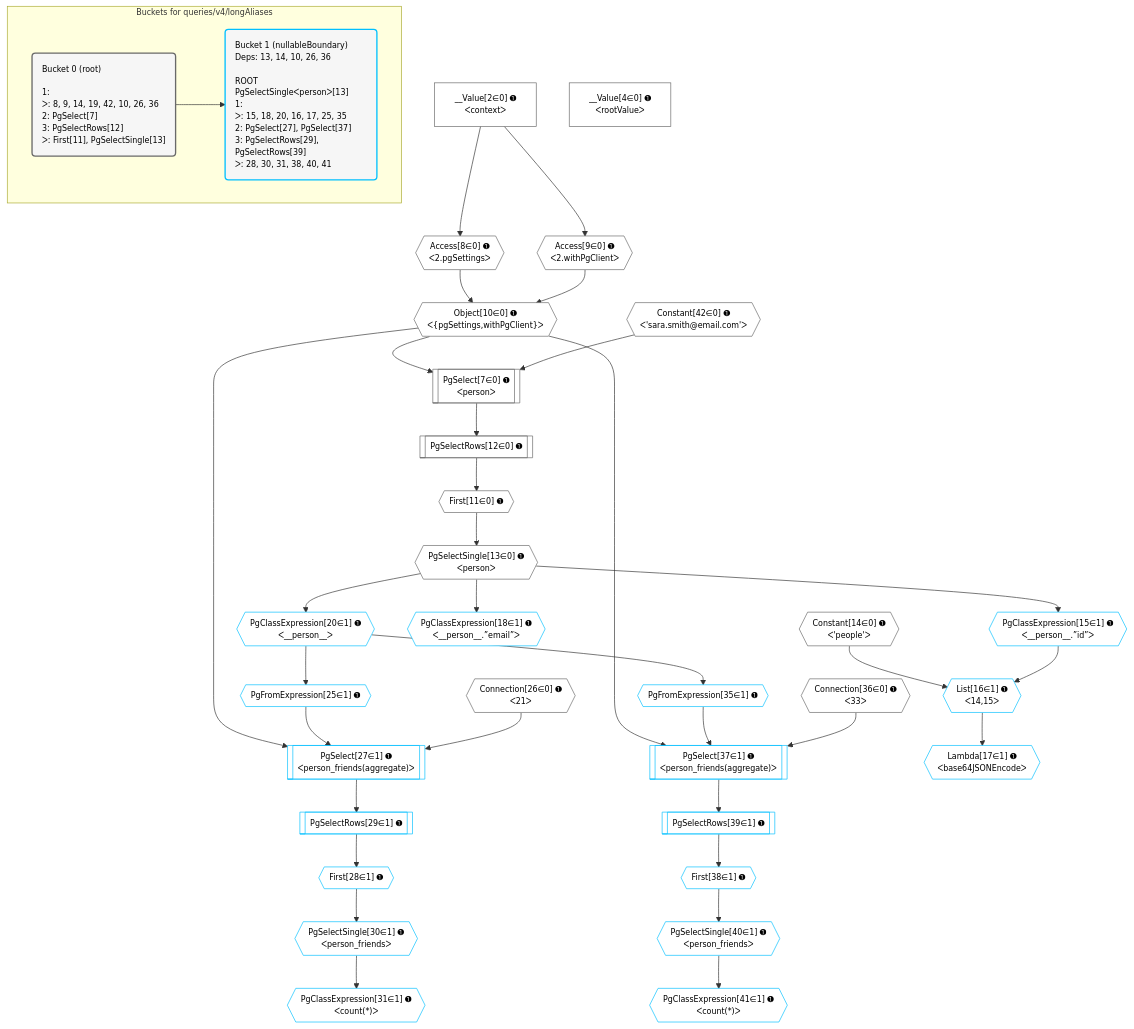
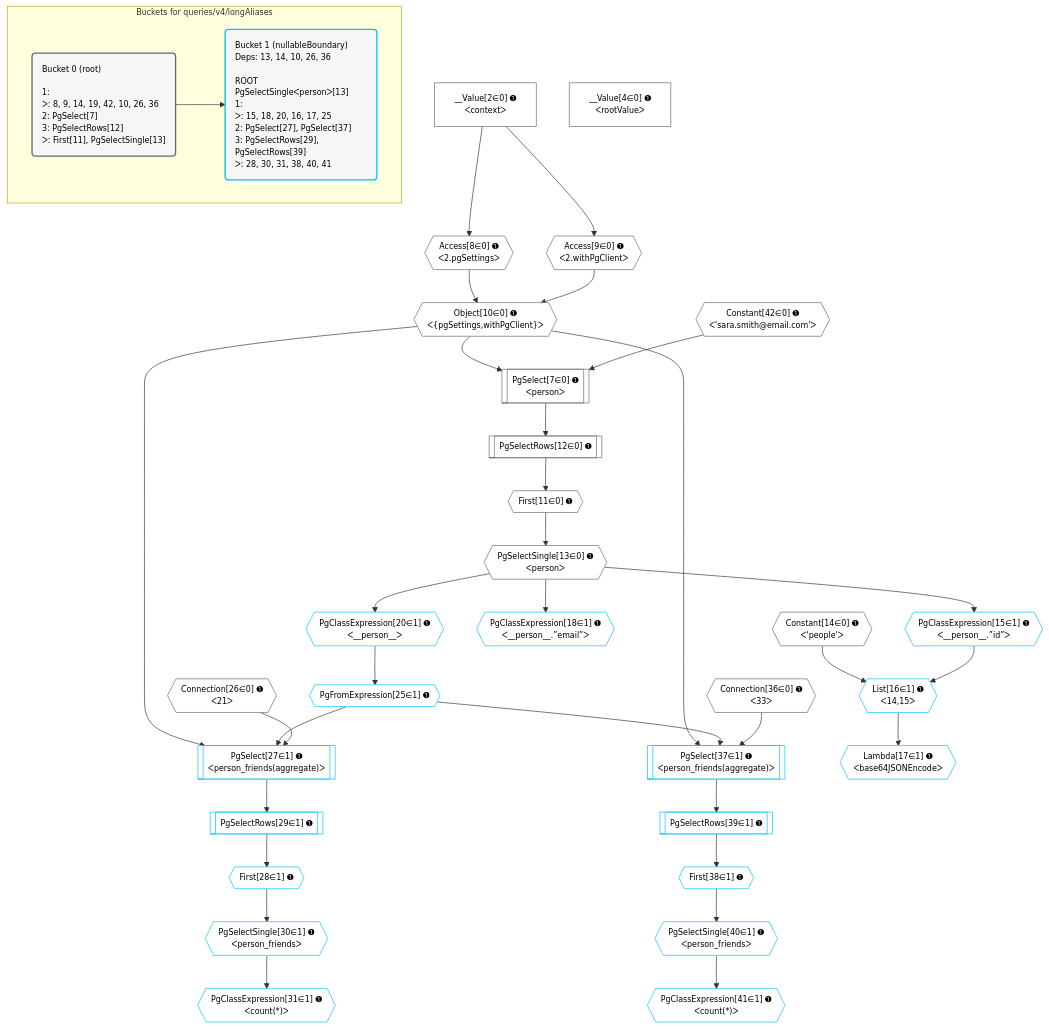
One commit to graphile/crystal changed the diagram in postgraphile/postgraphile/__tests__/queries/v4/longAliases.mermaid. Above: the diagram before and after it, drawn with Mermaid. The commit also changed 7 other files, not shown here.

```diff
--- a/postgraphile/postgraphile/__tests__/queries/v4/longAliases.mermaid
+++ b/postgraphile/postgraphile/__tests__/queries/v4/longAliases.mermaid
@@ -1,77 +1,75 @@
 %%{init: {'themeVariables': { 'fontSize': '12px'}}}%%
 graph TD
     classDef path fill:#eee,stroke:#000,color:#000
     classDef plan fill:#fff,stroke-width:1px,color:#000
     classDef itemplan fill:#fff,stroke-width:2px,color:#000
     classDef unbatchedplan fill:#dff,stroke-width:1px,color:#000
     classDef sideeffectplan fill:#fcc,stroke-width:2px,color:#000
     classDef bucket fill:#f6f6f6,color:#000,stroke-width:2px,text-align:left
 
 
     %% plan dependencies
     Connection26{{"Connection[26∈0] ➊<br />ᐸ21ᐳ"}}:::plan
     Connection36{{"Connection[36∈0] ➊<br />ᐸ33ᐳ"}}:::plan
     PgSelect7[["PgSelect[7∈0] ➊<br />ᐸpersonᐳ"]]:::plan
     Object10{{"Object[10∈0] ➊<br />ᐸ{pgSettings,withPgClient}ᐳ"}}:::plan
     Constant42{{"Constant[42∈0] ➊<br />ᐸ'sara.smith@email.com'ᐳ"}}:::plan
     Object10 & Constant42 --> PgSelect7
     Access8{{"Access[8∈0] ➊<br />ᐸ2.pgSettingsᐳ"}}:::plan
     Access9{{"Access[9∈0] ➊<br />ᐸ2.withPgClientᐳ"}}:::plan
     Access8 & Access9 --> Object10
     __Value2["__Value[2∈0] ➊<br />ᐸcontextᐳ"]:::plan
     __Value2 --> Access8
     __Value2 --> Access9
     First11{{"First[11∈0] ➊"}}:::plan
     PgSelectRows12[["PgSelectRows[12∈0] ➊"]]:::plan
     PgSelectRows12 --> First11
     PgSelect7 --> PgSelectRows12
     PgSelectSingle13{{"PgSelectSingle[13∈0] ➊<br />ᐸpersonᐳ"}}:::plan
     First11 --> PgSelectSingle13
     __Value4["__Value[4∈0] ➊<br />ᐸrootValueᐳ"]:::plan
     Constant14{{"Constant[14∈0] ➊<br />ᐸ'people'ᐳ"}}:::plan
     PgSelect27[["PgSelect[27∈1] ➊<br />ᐸperson_friends(aggregate)ᐳ"]]:::plan
     PgFromExpression25{{"PgFromExpression[25∈1] ➊"}}:::plan
     Object10 & PgFromExpression25 & Connection26 --> PgSelect27
     PgSelect37[["PgSelect[37∈1] ➊<br />ᐸperson_friends(aggregate)ᐳ"]]:::plan
-    PgFromExpression35{{"PgFromExpression[35∈1] ➊"}}:::plan
-    Object10 & PgFromExpression35 & Connection36 --> PgSelect37
+    Object10 & PgFromExpression25 & Connection36 --> PgSelect37
     List16{{"List[16∈1] ➊<br />ᐸ14,15ᐳ"}}:::plan
     PgClassExpression15{{"PgClassExpression[15∈1] ➊<br />ᐸ__person__.”id”ᐳ"}}:::plan
     Constant14 & PgClassExpression15 --> List16
     PgSelectSingle13 --> PgClassExpression15
     Lambda17{{"Lambda[17∈1] ➊<br />ᐸbase64JSONEncodeᐳ"}}:::plan
     List16 --> Lambda17
     PgClassExpression18{{"PgClassExpression[18∈1] ➊<br />ᐸ__person__.”email”ᐳ"}}:::plan
     PgSelectSingle13 --> PgClassExpression18
     PgClassExpression20{{"PgClassExpression[20∈1] ➊<br />ᐸ__person__ᐳ"}}:::plan
     PgSelectSingle13 --> PgClassExpression20
     PgClassExpression20 --> PgFromExpression25
     First28{{"First[28∈1] ➊"}}:::plan
     PgSelectRows29[["PgSelectRows[29∈1] ➊"]]:::plan
     PgSelectRows29 --> First28
     PgSelect27 --> PgSelectRows29
     PgSelectSingle30{{"PgSelectSingle[30∈1] ➊<br />ᐸperson_friendsᐳ"}}:::plan
     First28 --> PgSelectSingle30
     PgClassExpression31{{"PgClassExpression[31∈1] ➊<br />ᐸcount(*)ᐳ"}}:::plan
     PgSelectSingle30 --> PgClassExpression31
-    PgClassExpression20 --> PgFromExpression35
     First38{{"First[38∈1] ➊"}}:::plan
     PgSelectRows39[["PgSelectRows[39∈1] ➊"]]:::plan
     PgSelectRows39 --> First38
     PgSelect37 --> PgSelectRows39
     PgSelectSingle40{{"PgSelectSingle[40∈1] ➊<br />ᐸperson_friendsᐳ"}}:::plan
     First38 --> PgSelectSingle40
     PgClassExpression41{{"PgClassExpression[41∈1] ➊<br />ᐸcount(*)ᐳ"}}:::plan
     PgSelectSingle40 --> PgClassExpression41
 
     %% define steps
 
     subgraph "Buckets for queries/v4/longAliases"
     Bucket0("Bucket 0 (root)<br /><br />1: <br />ᐳ: 8, 9, 14, 19, 42, 10, 26, 36<br />2: PgSelect[7]<br />3: PgSelectRows[12]<br />ᐳ: First[11], PgSelectSingle[13]"):::bucket
     classDef bucket0 stroke:#696969
     class Bucket0,__Value2,__Value4,PgSelect7,Access8,Access9,Object10,First11,PgSelectRows12,PgSelectSingle13,Constant14,Connection26,Connection36,Constant42 bucket0
-    Bucket1("Bucket 1 (nullableBoundary)<br />Deps: 13, 14, 10, 26, 36<br /><br />ROOT PgSelectSingleᐸpersonᐳ[13]<br />1: <br />ᐳ: 15, 18, 20, 16, 17, 25, 35<br />2: PgSelect[27], PgSelect[37]<br />3: PgSelectRows[29], PgSelectRows[39]<br />ᐳ: 28, 30, 31, 38, 40, 41"):::bucket
+    Bucket1("Bucket 1 (nullableBoundary)<br />Deps: 13, 14, 10, 26, 36<br /><br />ROOT PgSelectSingleᐸpersonᐳ[13]<br />1: <br />ᐳ: 15, 18, 20, 16, 17, 25<br />2: PgSelect[27], PgSelect[37]<br />3: PgSelectRows[29], PgSelectRows[39]<br />ᐳ: 28, 30, 31, 38, 40, 41"):::bucket
     classDef bucket1 stroke:#00bfff
-    class Bucket1,PgClassExpression15,List16,Lambda17,PgClassExpression18,PgClassExpression20,PgFromExpression25,PgSelect27,First28,PgSelectRows29,PgSelectSingle30,PgClassExpression31,PgFromExpression35,PgSelect37,First38,PgSelectRows39,PgSelectSingle40,PgClassExpression41 bucket1
+    class Bucket1,PgClassExpression15,List16,Lambda17,PgClassExpression18,PgClassExpression20,PgFromExpression25,PgSelect27,First28,PgSelectRows29,PgSelectSingle30,PgClassExpression31,PgSelect37,First38,PgSelectRows39,PgSelectSingle40,PgClassExpression41 bucket1
     Bucket0 --> Bucket1
     end
```
